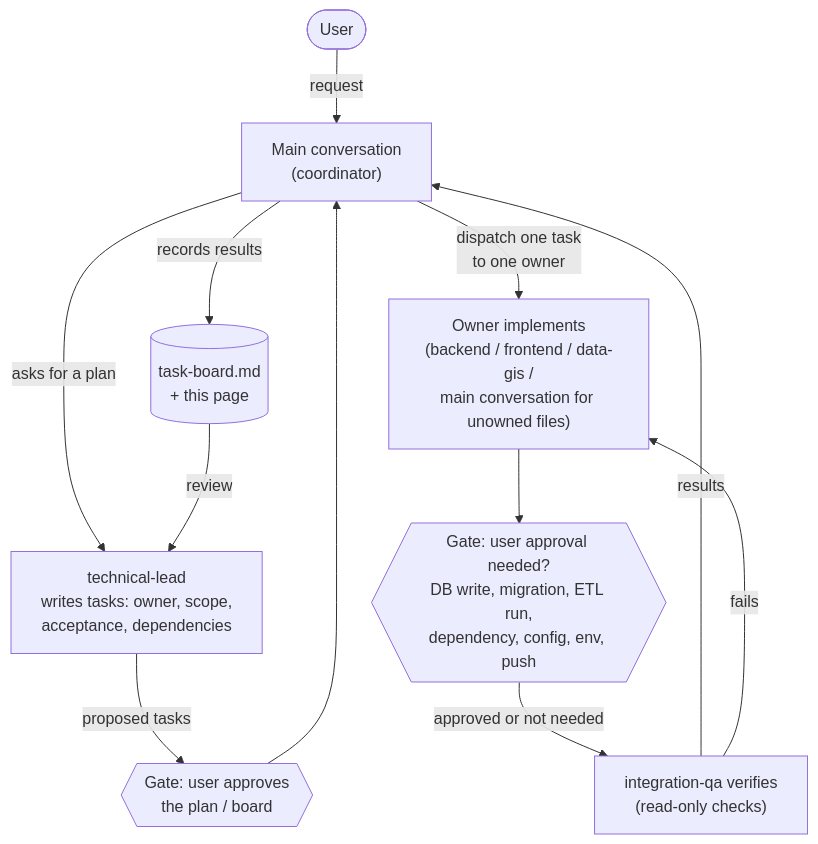
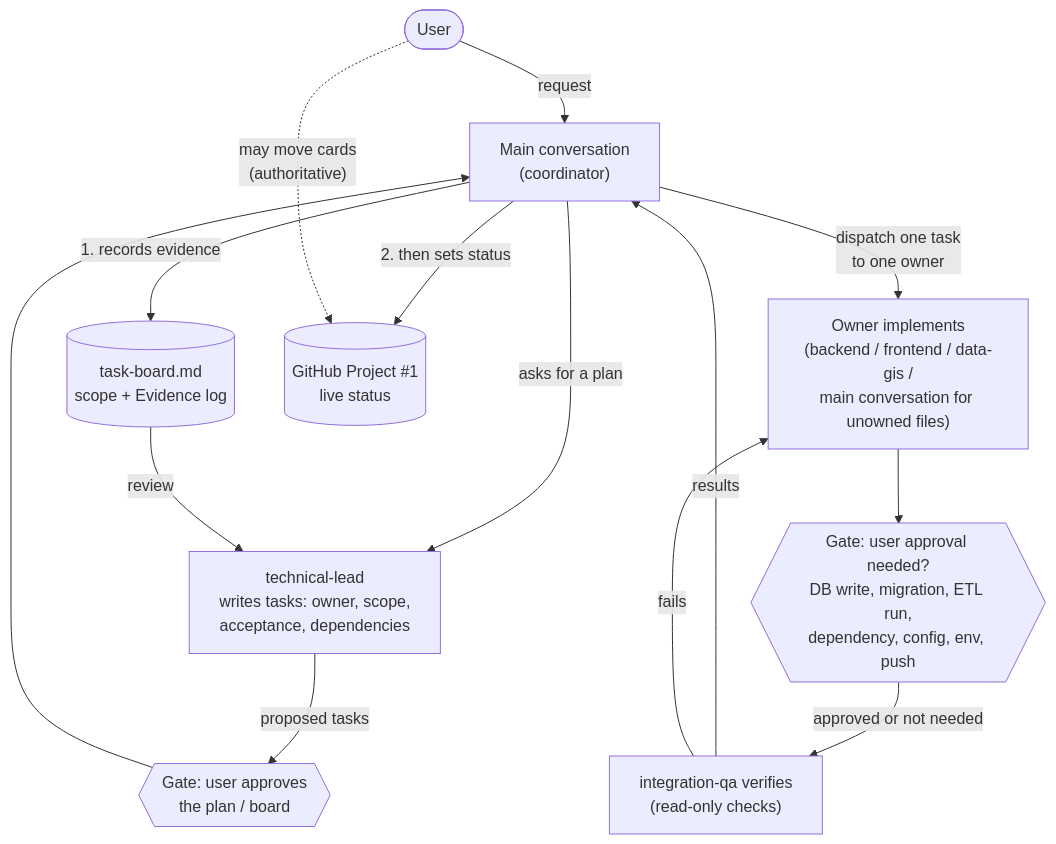
The seventh of 7 diagrams in docs/agents/development-status.md (adrianfarhat/orlando-infrastructure-etl), drawn with Mermaid before and after one commit. The commit also changed other lines of this file and 7 other files, not shown here.

First line of the commit message:
Move task status to GitHub Project, add docs conventions, and correct ETL diagram accuracy (#2)

````diff
--- a/docs/agents/development-status.md
+++ b/docs/agents/development-status.md
@@ -271,14 +294,17 @@
 ```mermaid
 flowchart TD
+  %% diagram-type: process
   U(["User"]) -->|"request"| MC["Main conversation<br/>(coordinator)"]
   MC -->|"asks for a plan"| TL["technical-lead<br/>writes tasks: owner, scope,<br/>acceptance, dependencies"]
   TL -->|"proposed tasks"| G1{{"Gate: user approves<br/>the plan / board"}}
   G1 --> MC
   MC -->|"dispatch one task<br/>to one owner"| OW["Owner implements<br/>(backend / frontend / data-gis /<br/>main conversation for unowned files)"]
   OW --> G2{{"Gate: user approval needed?<br/>DB write, migration, ETL run,<br/>dependency, config, env, push"}}
   G2 -->|"approved or not needed"| QA["integration-qa verifies<br/>(read-only checks)"]
   QA -->|"results"| MC
-  MC -->|"records results"| BOARD[("task-board.md<br/>+ this page")]
+  MC -->|"1. records evidence"| BOARD[("task-board.md<br/>scope + Evidence log")]
+  MC -->|"2. then sets status"| PROJ[("GitHub Project #1<br/>live status")]
+  U -.->|"may move cards<br/>(authoritative)"| PROJ
   BOARD -->|"review"| TL
   QA -->|"fails"| OW
 ```
````
